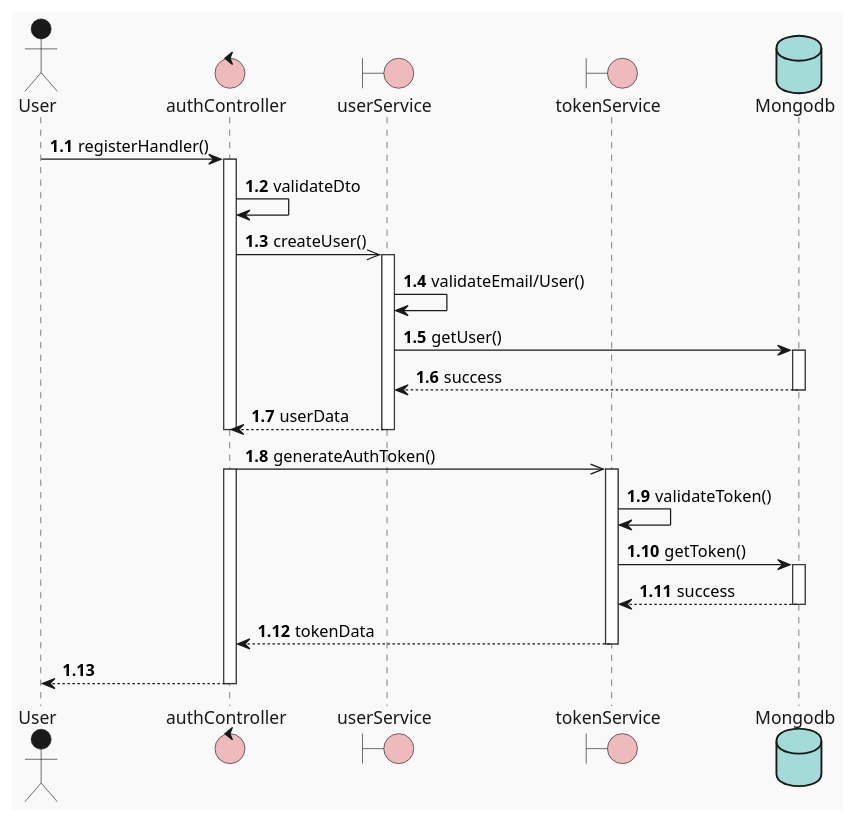
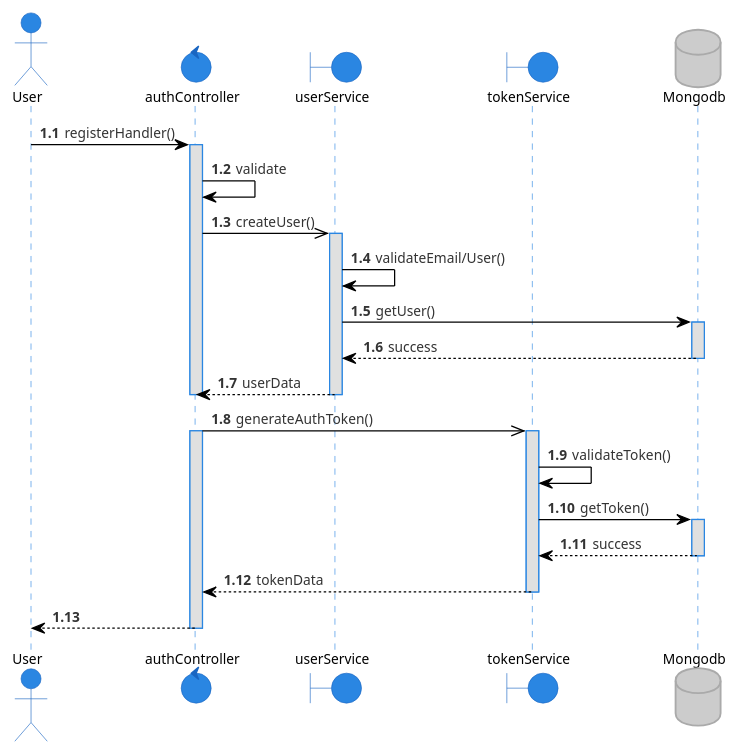
One commit to tuannm99/RMS changed the diagram in plantuml/sequence/register.puml. Above: the diagram before and after it, drawn with PlantUML. The commit also changed 2 other files, not shown here.

Commit message:
update - uml

```diff
--- a/plantuml/sequence/register.puml
+++ b/plantuml/sequence/register.puml
@@ -1,37 +1,37 @@
 @startuml regsiterSequence
-!theme mars
+!theme reddress-lightblue
 
 autonumber 1.1
 actor User
 control  authController
 boundary userService
 boundary tokenService
 database Mongodb
 
 User -> authController: registerHandler()
 activate authController
-authController -> authController: validateDto
+authController -> authController: validate
 authController ->> userService: createUser()
 activate userService
 userService -> userService: validateEmail/User()
 userService -> Mongodb: getUser()
 activate Mongodb
 Mongodb --> userService: success
 deactivate Mongodb
 userService --> authController: userData
 deactivate userService
 deactivate authController
 
 authController ->> tokenService: generateAuthToken()
 activate authController
 activate tokenService
 tokenService -> tokenService: validateToken()
 tokenService -> Mongodb: getToken()
 activate Mongodb
 Mongodb --> tokenService: success
 deactivate Mongodb
 tokenService --> authController: tokenData
 deactivate tokenService
 authController --> User
 deactivate authController
 @enduml
```
